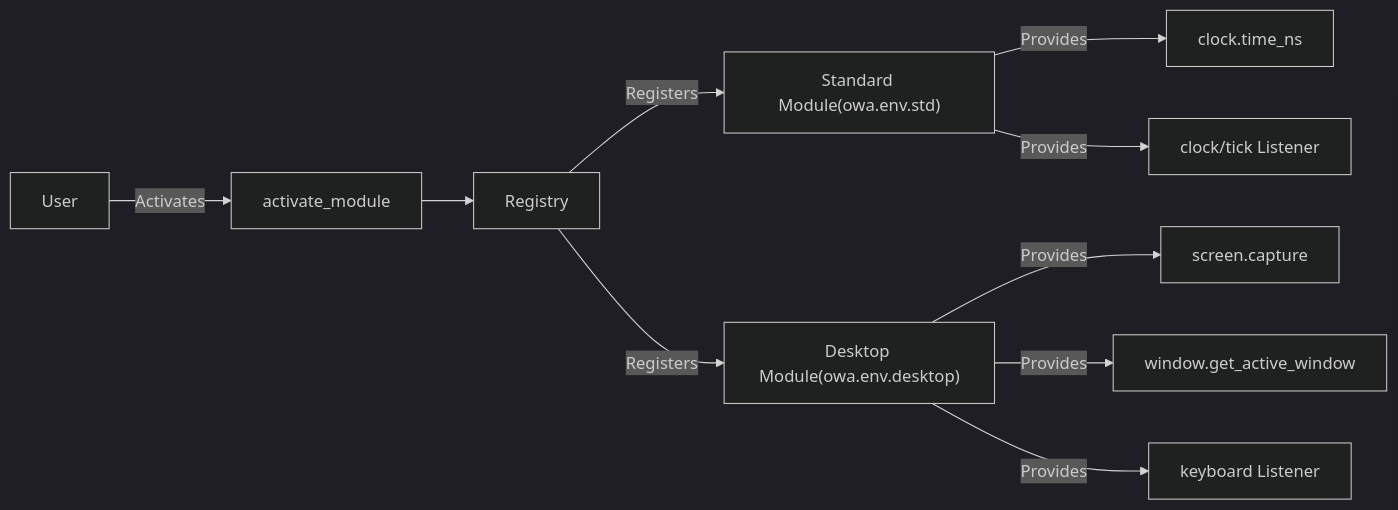
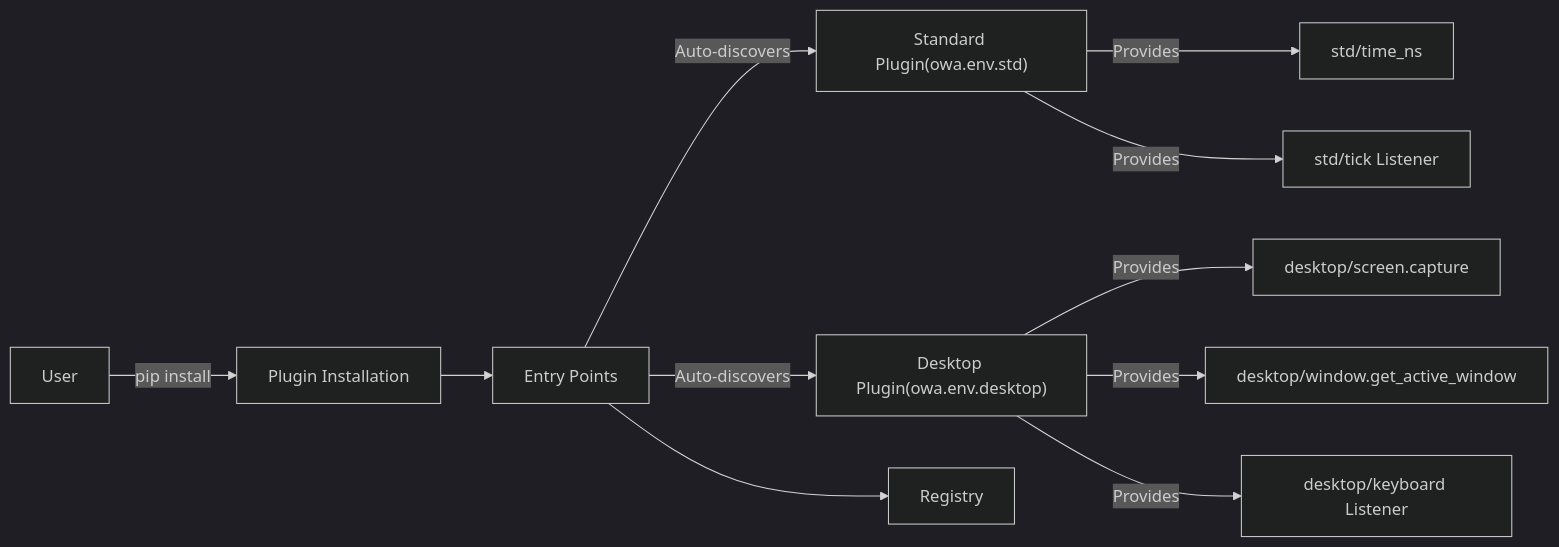
The diagram in docs/env/guide.md (open-world-agents/open-world-agents), drawn with Mermaid (dark theme) before and after one commit. The commit also changed other lines of this file and 6 other files, not shown here.

````diff
--- a/docs/env/guide.md
+++ b/docs/env/guide.md
@@ -163,12 +161,13 @@
 ```mermaid
 graph LR;
-    R[Registry] -->|Registers| SM["Standard Module(owa.env.std)"]
-    R -->|Registers| DM["Desktop Module(owa.env.desktop)"]
-    SM -->|Provides| C1[clock.time_ns]
-    SM -->|Provides| L1[clock/tick Listener]
-    DM -->|Provides| C2[screen.capture]
-    DM -->|Provides| C3[window.get_active_window]
-    DM -->|Provides| L2[keyboard Listener]
-    User -->|Activates| AM[activate_module]
-    AM --> R
+    EP[Entry Points] -->|Auto-discovers| SM["Standard Plugin(owa.env.std)"]
+    EP -->|Auto-discovers| DM["Desktop Plugin(owa.env.desktop)"]
+    SM -->|Provides| C1[std/time_ns]
+    SM -->|Provides| L1[std/tick Listener]
+    DM -->|Provides| C2[desktop/screen.capture]
+    DM -->|Provides| C3[desktop/window.get_active_window]
+    DM -->|Provides| L2[desktop/keyboard Listener]
+    User -->|pip install| PI[Plugin Installation]
+    PI --> EP
+    EP --> R[Registry]
 ```
````
